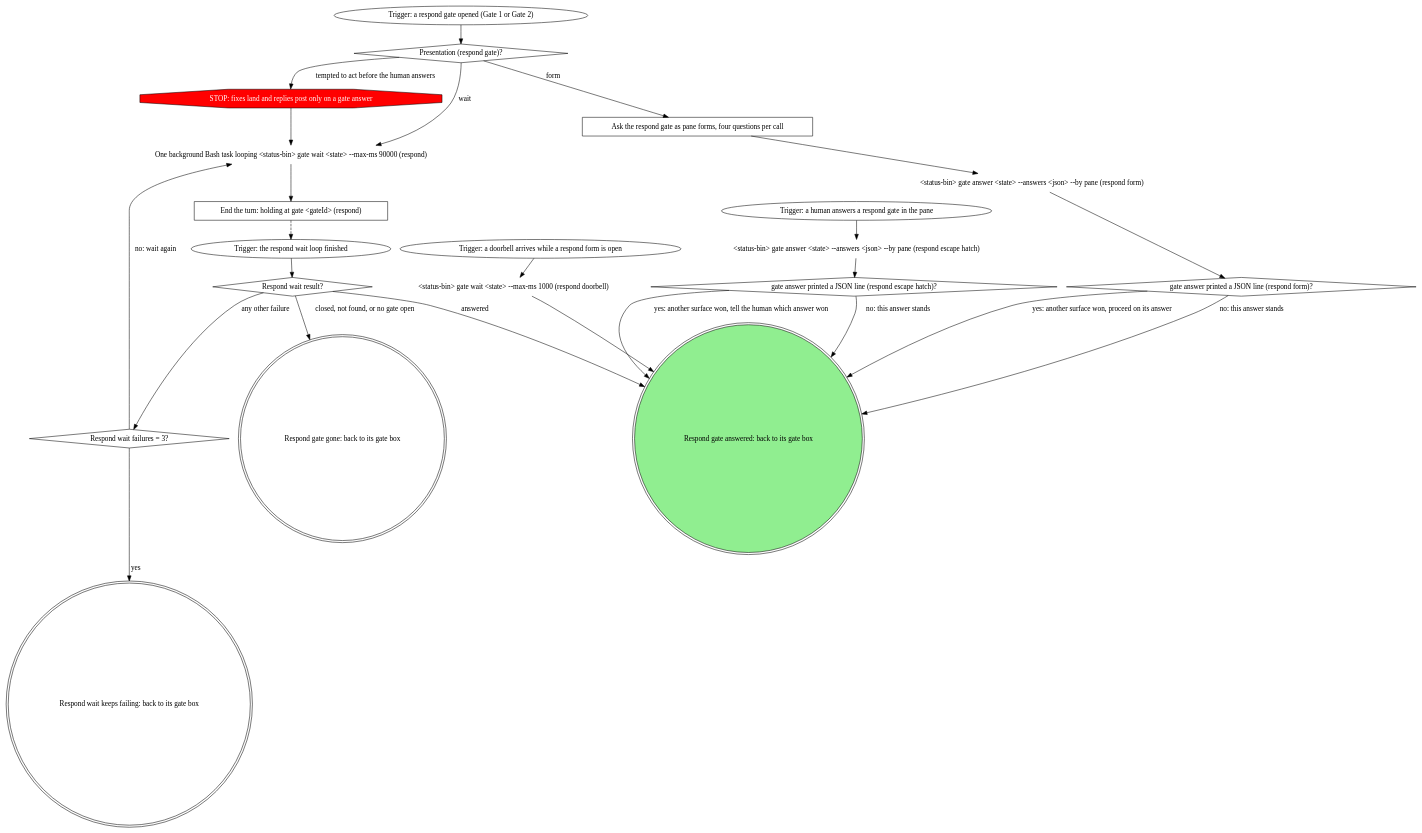
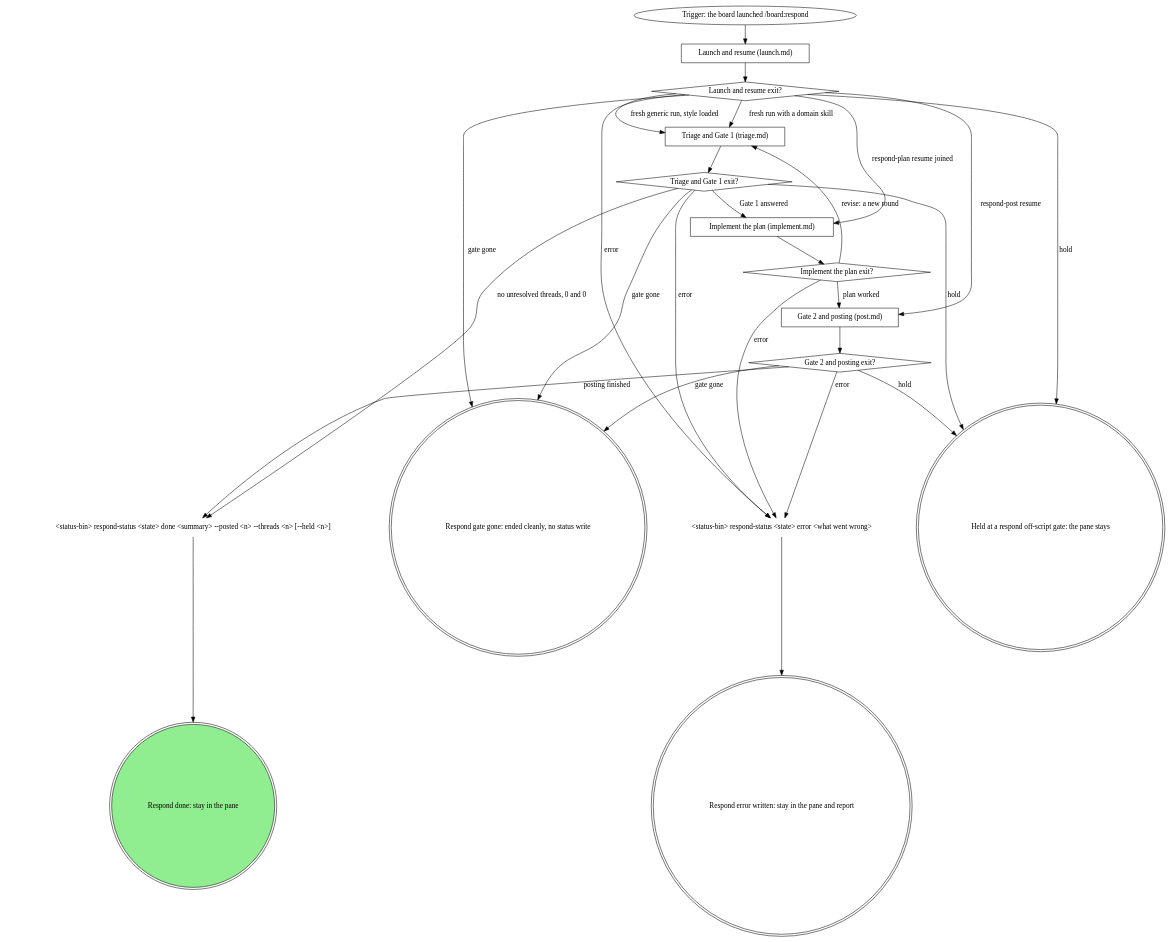
One commit to m4ttstack/mattstack changed the first of 2 diagrams in apps/board/skills/respond/SKILL.md. Above: the diagram before and after it, drawn with Graphviz. The commit also changed other lines of this file and 5 other files, not shown here.

Commit message:
board:respond: split into a map and stage files

````diff
--- a/apps/board/skills/respond/SKILL.md
+++ b/apps/board/skills/respond/SKILL.md
@@ -1115,49 +59,48 @@
 ```dot
-digraph respond_gate_step {
+digraph respond_map {
     rankdir=TB;
 
-    "Trigger: a respond gate opened (Gate 1 or Gate 2)" [shape=ellipse];
-    "Presentation (respond gate)?" [shape=diamond];
-    "STOP: fixes land and replies post only on a gate answer" [shape=octagon style=filled fillcolor=red fontcolor=white];
-    "Ask the respond gate as pane forms, four questions per call" [shape=box];
-    "<status-bin> gate answer <state> --answers <json> --by pane (respond form)" [shape=plaintext];
-    "gate answer printed a JSON line (respond form)?" [shape=diamond];
-    "Trigger: a doorbell arrives while a respond form is open" [shape=ellipse];
-    "<status-bin> gate wait <state> --max-ms 1000 (respond doorbell)" [shape=plaintext];
-    "One background Bash task looping <status-bin> gate wait <state> --max-ms 90000 (respond)" [shape=plaintext];
-    "End the turn: holding at gate <gateId> (respond)" [shape=box];
-    "Trigger: the respond wait loop finished" [shape=ellipse];
-    "Respond wait result?" [shape=diamond];
-    "Respond wait failures = 3?" [shape=diamond];
-    "Trigger: a human answers a respond gate in the pane" [shape=ellipse];
-    "<status-bin> gate answer <state> --answers <json> --by pane (respond escape hatch)" [shape=plaintext];
-    "gate answer printed a JSON line (respond escape hatch)?" [shape=diamond];
-    "Respond gate gone: back to its gate box" [shape=doublecircle];
-    "Respond wait keeps failing: back to its gate box" [shape=doublecircle];
-    "Respond gate answered: back to its gate box" [shape=doublecircle style=filled fillcolor=lightgreen];
+    "Trigger: the board launched /board:respond" [shape=ellipse];
+    "Launch and resume (launch.md)" [shape=box];
+    "Launch and resume exit?" [shape=diamond];
+    "Triage and Gate 1 (triage.md)" [shape=box];
+    "Triage and Gate 1 exit?" [shape=diamond];
+    "Implement the plan (implement.md)" [shape=box];
+    "Implement the plan exit?" [shape=diamond];
+    "Gate 2 and posting (post.md)" [shape=box];
+    "Gate 2 and posting exit?" [shape=diamond];
+    "<status-bin> respond-status <state> done <summary> --posted <n> --threads <n> [--held <n>]" [shape=plaintext];
+    "<status-bin> respond-status <state> error <what went wrong>" [shape=plaintext];
+    "Respond error written: stay in the pane and report" [shape=doublecircle];
+    "Respond gate gone: ended cleanly, no status write" [shape=doublecircle];
+    "Held at a respond off-script gate: the pane stays" [shape=doublecircle];
+    "Respond done: stay in the pane" [shape=doublecircle style=filled fillcolor=lightgreen];
 
-    "Trigger: a respond gate opened (Gate 1 or Gate 2)" -> "Presentation (respond gate)?";
-    "Presentation (respond gate)?" -> "Ask the respond gate as pane forms, four questions per call" [label="form"];
-    "Presentation (respond gate)?" -> "One background Bash task looping <status-bin> gate wait <state> --max-ms 90000 (respond)" [label="wait"];
-    "Presentation (respond gate)?" -> "STOP: fixes land and replies post only on a gate answer" [label="tempted to act before the human answers"];
-    "STOP: fixes land and replies post only on a gate answer" -> "One background Bash task looping <status-bin> gate wait <state> --max-ms 90000 (respond)";
-    "Ask the respond gate as pane forms, four questions per call" -> "<status-bin> gate answer <state> --answers <json> --by pane (respond form)";
-    "<status-bin> gate answer <state> --answers <json> --by pane (respond form)" -> "gate answer printed a JSON line (respond form)?";
-    "gate answer printed a JSON line (respond form)?" -> "Respond gate answered: back to its gate box" [label="no: this answer stands"];
-    "gate answer printed a JSON line (respond form)?" -> "Respond gate answered: back to its gate box" [label="yes: another surface won, proceed on its answer"];
-    "Trigger: a doorbell arrives while a respond form is open" -> "<status-bin> gate wait <state> --max-ms 1000 (respond doorbell)";
-    "<status-bin> gate wait <state> --max-ms 1000 (respond doorbell)" -> "Respond gate answered: back to its gate box";
-    "One background Bash task looping <status-bin> gate wait <state> --max-ms 90000 (respond)" -> "End the turn: holding at gate <gateId> (respond)";
-    "End the turn: holding at gate <gateId> (respond)" -> "Trigger: the respond wait loop finished" [style=dashed];
-    "Trigger: the respond wait loop finished" -> "Respond wait result?";
-    "Respond wait result?" -> "Respond gate answered: back to its gate box" [label="answered"];
-    "Respond wait result?" -> "Respond gate gone: back to its gate box" [label="closed, not found, or no gate open"];
-    "Respond wait result?" -> "Respond wait failures = 3?" [label="any other failure"];
-    "Respond wait failures = 3?" -> "One background Bash task looping <status-bin> gate wait <state> --max-ms 90000 (respond)" [label="no: wait again"];
-    "Respond wait failures = 3?" -> "Respond wait keeps failing: back to its gate box" [label="yes"];
-    "Trigger: a human answers a respond gate in the pane" -> "<status-bin> gate answer <state> --answers <json> --by pane (respond escape hatch)";
-    "<status-bin> gate answer <state> --answers <json> --by pane (respond escape hatch)" -> "gate answer printed a JSON line (respond escape hatch)?";
-    "gate answer printed a JSON line (respond escape hatch)?" -> "Respond gate answered: back to its gate box" [label="no: this answer stands"];
-    "gate answer printed a JSON line (respond escape hatch)?" -> "Respond gate answered: back to its gate box" [label="yes: another surface won, tell the human which answer won"];
+    "Trigger: the board launched /board:respond" -> "Launch and resume (launch.md)";
+    "Launch and resume (launch.md)" -> "Launch and resume exit?";
+    "Launch and resume exit?" -> "Triage and Gate 1 (triage.md)" [label="fresh run with a domain skill"];
+    "Launch and resume exit?" -> "Triage and Gate 1 (triage.md)" [label="fresh generic run, style loaded"];
+    "Launch and resume exit?" -> "Implement the plan (implement.md)" [label="respond-plan resume joined"];
+    "Launch and resume exit?" -> "Gate 2 and posting (post.md)" [label="respond-post resume"];
+    "Launch and resume exit?" -> "Respond gate gone: ended cleanly, no status write" [label="gate gone"];
+    "Launch and resume exit?" -> "<status-bin> respond-status <state> error <what went wrong>" [label="error"];
+    "Launch and resume exit?" -> "Held at a respond off-script gate: the pane stays" [label="hold"];
+    "Triage and Gate 1 (triage.md)" -> "Triage and Gate 1 exit?";
+    "Triage and Gate 1 exit?" -> "Implement the plan (implement.md)" [label="Gate 1 answered"];
+    "Triage and Gate 1 exit?" -> "<status-bin> respond-status <state> done <summary> --posted <n> --threads <n> [--held <n>]" [label="no unresolved threads, 0 and 0"];
+    "Triage and Gate 1 exit?" -> "<status-bin> respond-status <state> error <what went wrong>" [label="error"];
+    "Triage and Gate 1 exit?" -> "Respond gate gone: ended cleanly, no status write" [label="gate gone"];
+    "Triage and Gate 1 exit?" -> "Held at a respond off-script gate: the pane stays" [label="hold"];
+    "Implement the plan (implement.md)" -> "Implement the plan exit?";
+    "Implement the plan exit?" -> "Gate 2 and posting (post.md)" [label="plan worked"];
+    "Implement the plan exit?" -> "Triage and Gate 1 (triage.md)" [label="revise: a new round"];
+    "Implement the plan exit?" -> "<status-bin> respond-status <state> error <what went wrong>" [label="error"];
+    "Gate 2 and posting (post.md)" -> "Gate 2 and posting exit?";
+    "Gate 2 and posting exit?" -> "<status-bin> respond-status <state> done <summary> --posted <n> --threads <n> [--held <n>]" [label="posting finished"];
+    "Gate 2 and posting exit?" -> "<status-bin> respond-status <state> error <what went wrong>" [label="error"];
+    "Gate 2 and posting exit?" -> "Respond gate gone: ended cleanly, no status write" [label="gate gone"];
+    "Gate 2 and posting exit?" -> "Held at a respond off-script gate: the pane stays" [label="hold"];
+    "<status-bin> respond-status <state> done <summary> --posted <n> --threads <n> [--held <n>]" -> "Respond done: stay in the pane";
+    "<status-bin> respond-status <state> error <what went wrong>" -> "Respond error written: stay in the pane and report";
 }
 ```
````
